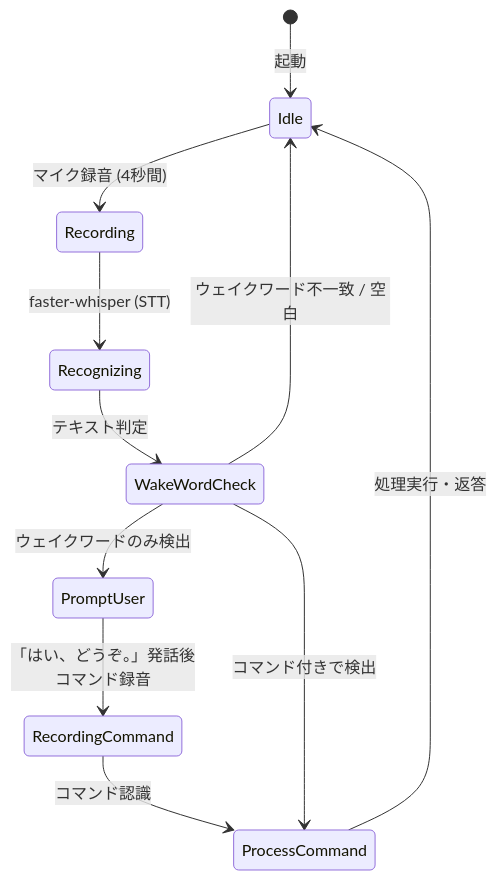
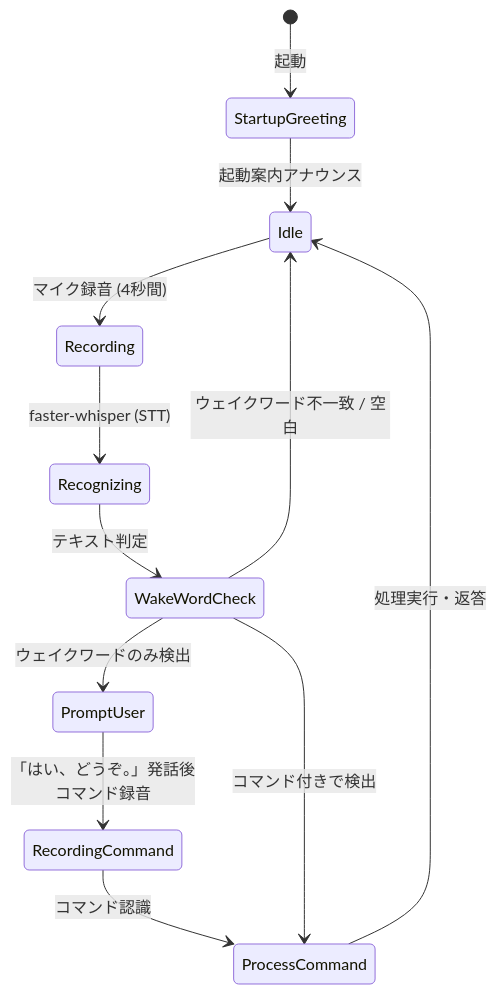
One commit to RooibosGood/music_db changed the second of 2 diagrams in VOICE_BOT_SPEC.md. Above: the diagram before and after it, drawn with Mermaid. The commit also changed other lines of this file and 3 other files, not shown here.

Commit message:
Add startup greeting speech to voice_bot.py and update specs/docs

````diff
--- a/VOICE_BOT_SPEC.md
+++ b/VOICE_BOT_SPEC.md
@@ -232,13 +232,14 @@
 ```mermaid
 stateDiagram-v2
-    [*] --> Idle: 起動
+    [*] --> StartupGreeting: 起動
+    StartupGreeting --> Idle: 起動案内アナウンス
     Idle --> Recording: マイク録音 (4秒間)
     Recording --> Recognizing: faster-whisper (STT)
     Recognizing --> WakeWordCheck: テキスト判定
     WakeWordCheck --> Idle: ウェイクワード不一致 / 空白
     WakeWordCheck --> PromptUser: ウェイクワードのみ検出
     PromptUser --> RecordingCommand: 「はい、どうぞ。」発話後<br/>コマンド録音
     RecordingCommand --> ProcessCommand: コマンド認識
     WakeWordCheck --> ProcessCommand: コマンド付きで検出
     ProcessCommand --> Idle: 処理実行・返答
 ```
````
